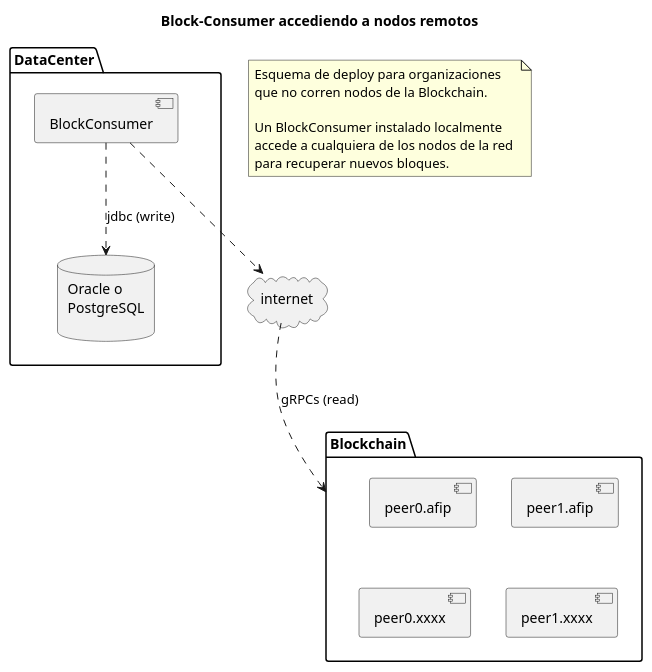
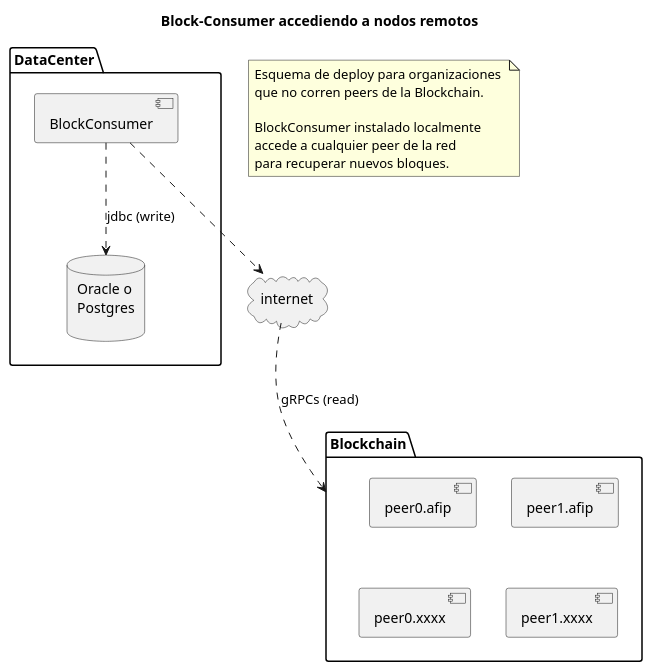
The diagram in applications/block-consumer/images/deploy-accediendo-a-nodos-remotos.plantuml (padfed/padfed-doc), drawn with PlantUML before and after one commit. The commit also changed 7 other files, not shown here.

Commit message:
Nuevo diagrama de red Correcciones en el README de hlf-proxy

```diff
--- a/applications/block-consumer/images/deploy-accediendo-a-nodos-remotos.plantuml
+++ b/applications/block-consumer/images/deploy-accediendo-a-nodos-remotos.plantuml
@@ -1,34 +1,34 @@
-@startuml deploy-accediendo
+@startuml deploy-accediendo-a-nodos-remotos
 
 title Block-Consumer accediendo a nodos remotos
 
 note as N1
 Esquema de deploy para organizaciones 
-que no corren nodos de la Blockchain.
+que no corren peers de la Blockchain.
 
-Un BlockConsumer instalado localmente
-accede a cualquiera de los nodos de la red 
+BlockConsumer instalado localmente
+accede a cualquier peer de la red 
 para recuperar nuevos bloques.
 end note
 
 package Blockchain {
     [peer0.afip]
     [peer1.afip]
     [peer0.xxxx]
     [peer1.xxxx]
 } 
 
 package DataCenter {
     component [BlockConsumer] 
-    database "Oracle o\nPostgreSQL\n" as db 
+    database "Oracle o\nPostgres\n" as db 
 } 
 
 cloud internet
 
 BlockConsumer ..> internet 
 BlockConsumer ..> db : jdbc (write)
 internet ..> Blockchain : gRPCs (read)
 
 Blockchain -[hidden]left- DataCenter
 
 @enduml
```
